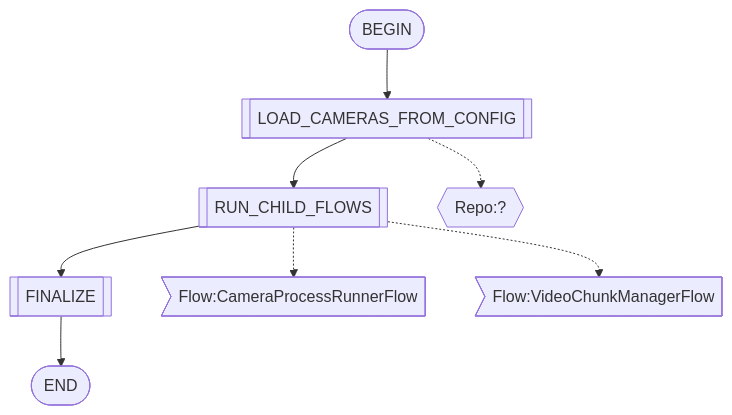
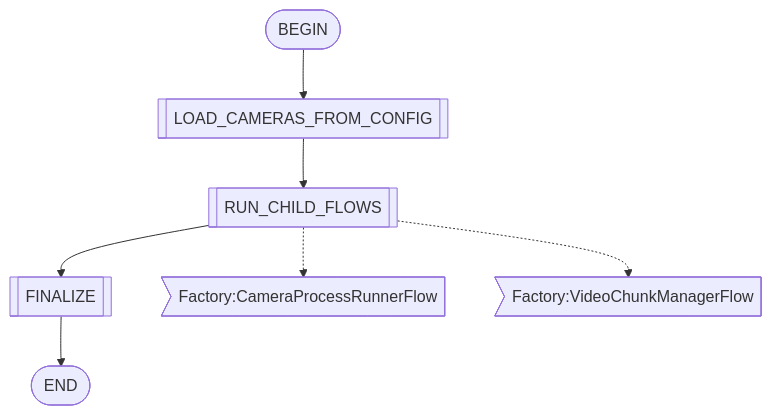
The first of 8 diagrams in README.md (flower-org/HeliumIngestor), drawn with Mermaid before and after one commit. The commit also changed other lines of this file and 5 other files, not shown here.

Commit message:
FlowRepo genericized, updates to diagram gen, FlowRepo and FlowFactory annotations simplified.

````diff
--- a/README.md
+++ b/README.md
@@ -2,15 +2,14 @@
 ```mermaid
 flowchart
-    BEGIN([BEGIN])
-    END([END])
-    LOAD_CAMERAS_FROM_CONFIG[[LOAD_CAMERAS_FROM_CONFIG]]
-    BEGIN([BEGIN]) --> LOAD_CAMERAS_FROM_CONFIG[[LOAD_CAMERAS_FROM_CONFIG]]
-    LOAD_CAMERAS_FROM_CONFIG --> RUN_CHILD_FLOWS[[RUN_CHILD_FLOWS]]
-    LOAD_CAMERAS_FROM_CONFIG .-> Repo:?{{Repo:?}}
-    FINALIZE[[FINALIZE]]
-    FINALIZE --> END([END])
-    RUN_CHILD_FLOWS[[RUN_CHILD_FLOWS]]
-    RUN_CHILD_FLOWS --> FINALIZE[[FINALIZE]]
-    RUN_CHILD_FLOWS .-> Flow:CameraProcessRunnerFlow>Flow:CameraProcessRunnerFlow]
-    RUN_CHILD_FLOWS .-> Flow:VideoChunkManagerFlow>Flow:VideoChunkManagerFlow]
+BEGIN([BEGIN])
+END([END])
+LOAD_CAMERAS_FROM_CONFIG[[LOAD_CAMERAS_FROM_CONFIG]]
+BEGIN([BEGIN]) --> LOAD_CAMERAS_FROM_CONFIG[[LOAD_CAMERAS_FROM_CONFIG]]
+LOAD_CAMERAS_FROM_CONFIG --> RUN_CHILD_FLOWS[[RUN_CHILD_FLOWS]]
+FINALIZE[[FINALIZE]]
+FINALIZE --> END([END])
+RUN_CHILD_FLOWS[[RUN_CHILD_FLOWS]]
+RUN_CHILD_FLOWS --> FINALIZE[[FINALIZE]]
+RUN_CHILD_FLOWS .-> Factory:CameraProcessRunnerFlow>Factory:CameraProcessRunnerFlow]
+RUN_CHILD_FLOWS .-> Factory:VideoChunkManagerFlow>Factory:VideoChunkManagerFlow]
 ```
````
